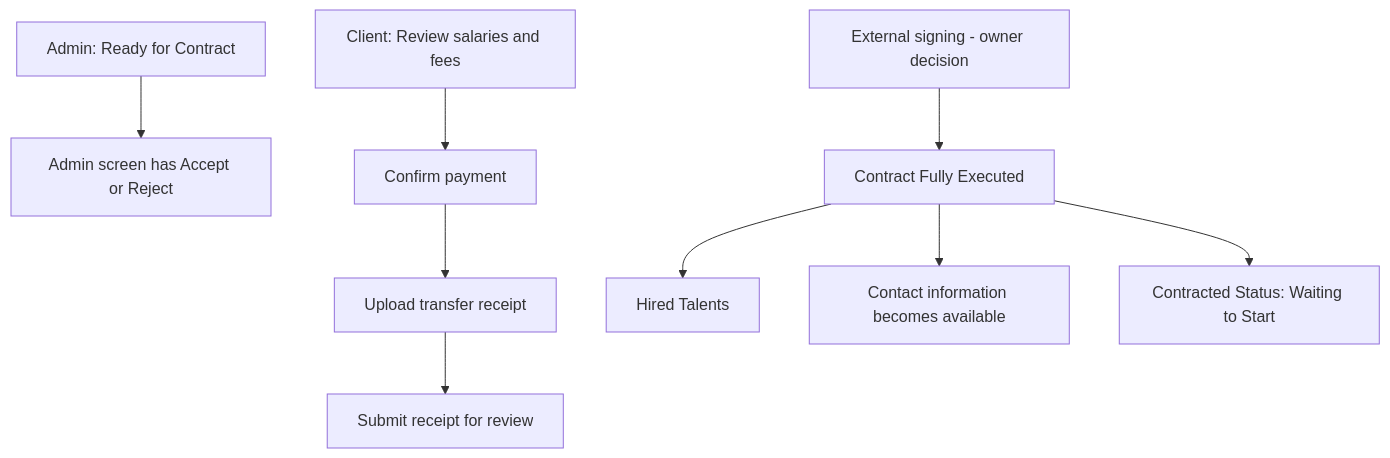
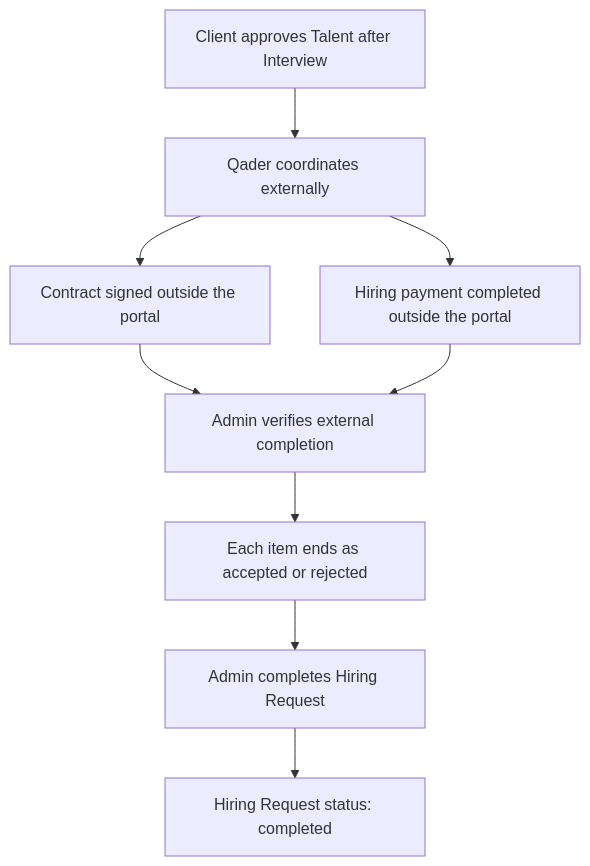
Before and after one commit to Qader-Company/qader-backend: the diagram in docs/sprints/S07-contracts-payments-plan.ar.md, drawn with Mermaid. The commit also changed other lines of this file and 16 other files, not shown here.

Commit message:
fix(hiring): align post-interview decision flow with Figma

````diff
--- a/docs/sprints/S07-contracts-payments-plan.ar.md
+++ b/docs/sprints/S07-contracts-payments-plan.ar.md
@@ -175,11 +216,11 @@
 ```mermaid
 flowchart TD
-    A[Admin: Ready for Contract] --> B[Admin screen has Accept or Reject]
-    C[Client: Review salaries and fees] --> D[Confirm payment]
-    D --> E[Upload transfer receipt]
-    E --> F[Submit receipt for review]
-    G[External signing - owner decision] --> H[Contract Fully Executed]
-    H --> I[Hired Talents]
-    H --> J[Contact information becomes available]
-    H --> K[Contracted Status: Waiting to Start]
+    A[Client approves Talent after Interview] --> B[Qader coordinates externally]
+    B --> C[Contract signed outside the portal]
+    B --> D[Hiring payment completed outside the portal]
+    C --> H[Admin verifies external completion]
+    D --> H
+    H --> I[Each item ends as accepted or rejected]
+    I --> J[Admin completes Hiring Request]
+    J --> K[Hiring Request status: completed]
 ```
````
